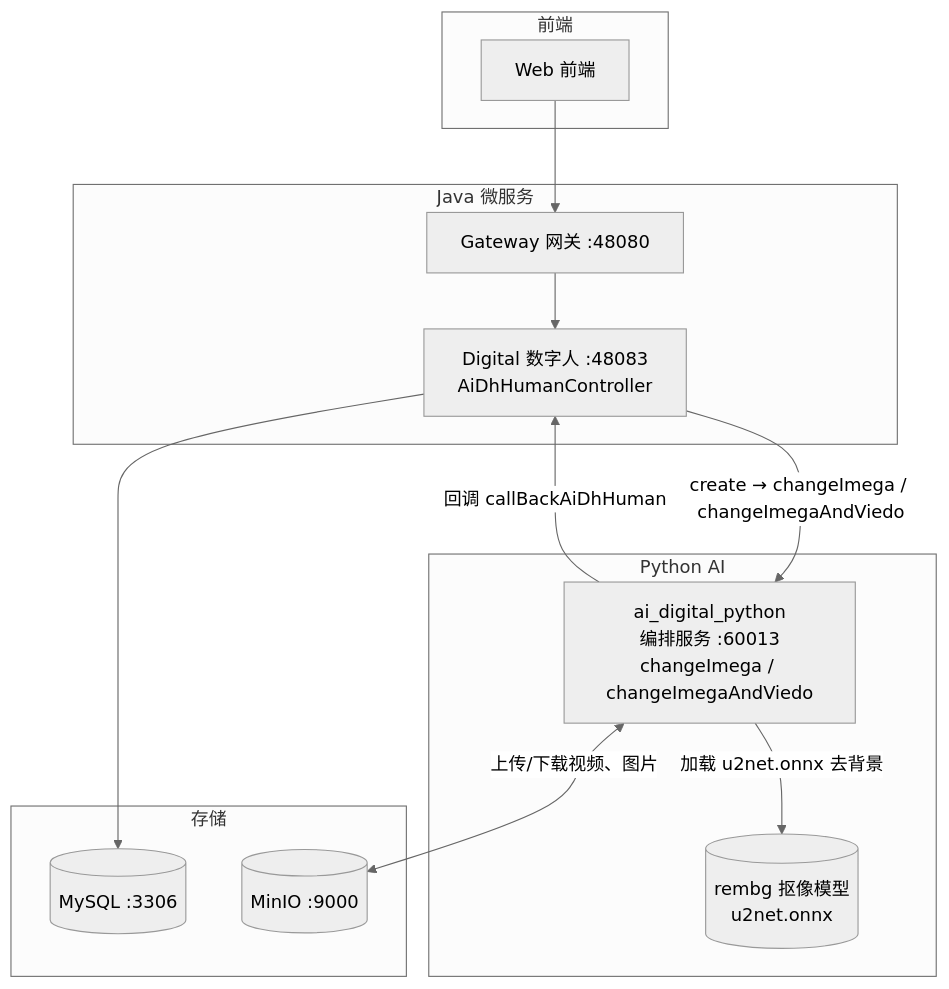
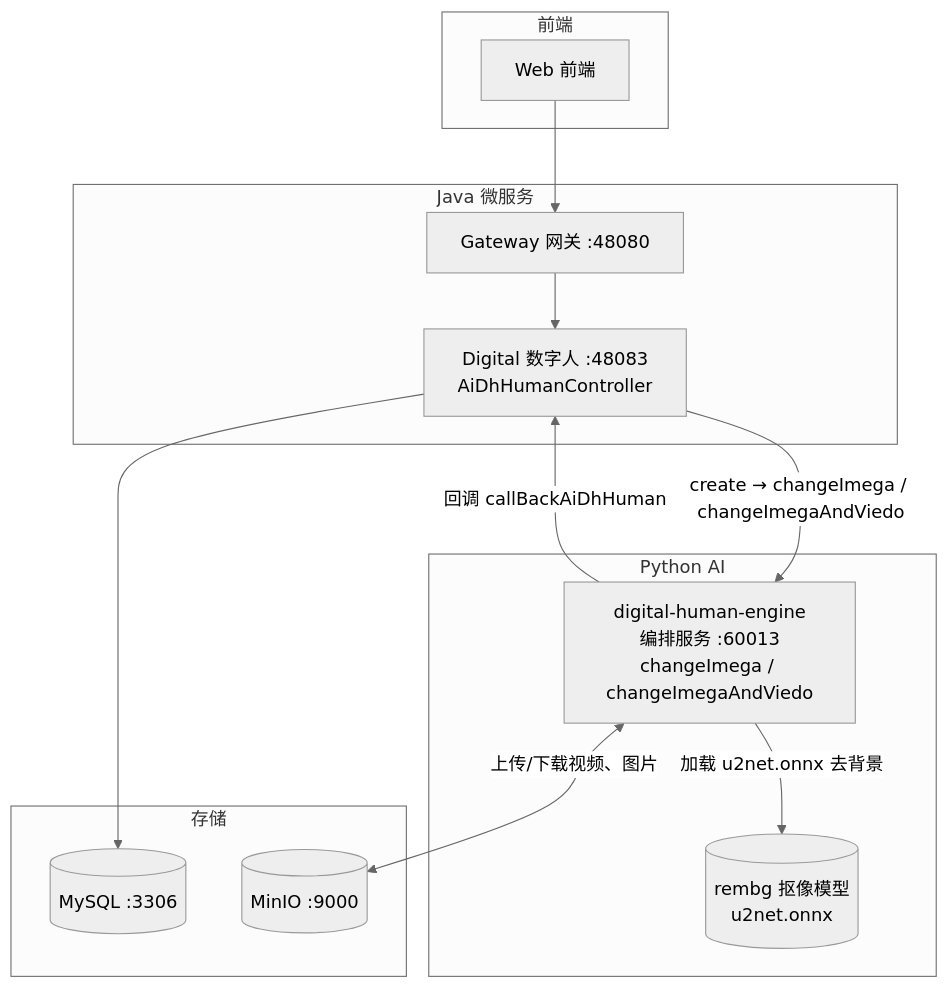
One commit to dongjb741280/digital-human-server changed the second of 2 diagrams in doc/形象复刻完整时序.md. Above: the diagram before and after it, drawn with Mermaid (neutral theme). The commit also changed other lines of this file and 4 other files, not shown here.

Commit message:
docs: doc 目录 ai_digital_python 统一改名为 digital-human-engine

````diff
--- a/doc/形象复刻完整时序.md
+++ b/doc/形象复刻完整时序.md
@@ -167,28 +167,28 @@
 ```mermaid
 flowchart TB
     subgraph 前端
         FE[Web 前端]
     end
 
     subgraph Java 微服务
         GW[Gateway 网关 :48080]
         DIG[Digital 数字人 :48083<br/>AiDhHumanController]
     end
 
     subgraph Python AI
-        ORCH[ai_digital_python<br/>编排服务 :60013<br/>changeImega / changeImegaAndViedo]
+        ORCH[digital-human-engine<br/>编排服务 :60013<br/>changeImega / changeImegaAndViedo]
         RBS[(rembg 抠像模型<br/>u2net.onnx)]
     end
 
     subgraph 存储
         MYSQL[(MySQL :3306)]
         MINIO[(MinIO :9000)]
     end
 
     FE --> GW --> DIG
     DIG --> MYSQL
     DIG -->|"create → changeImega / changeImegaAndViedo"| ORCH
     ORCH -->|"加载 u2net.onnx 去背景"| RBS
     ORCH -->|"回调 callBackAiDhHuman"| DIG
     ORCH <-->|"上传/下载视频、图片"| MINIO
 ```
````
